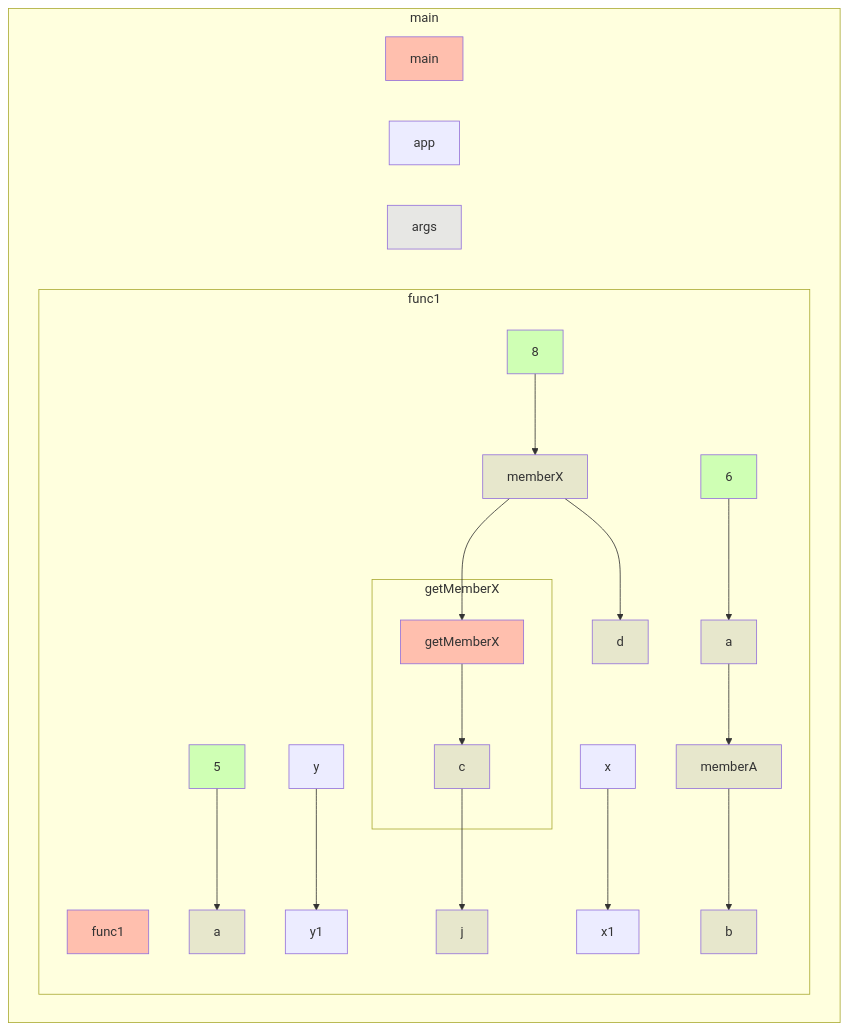
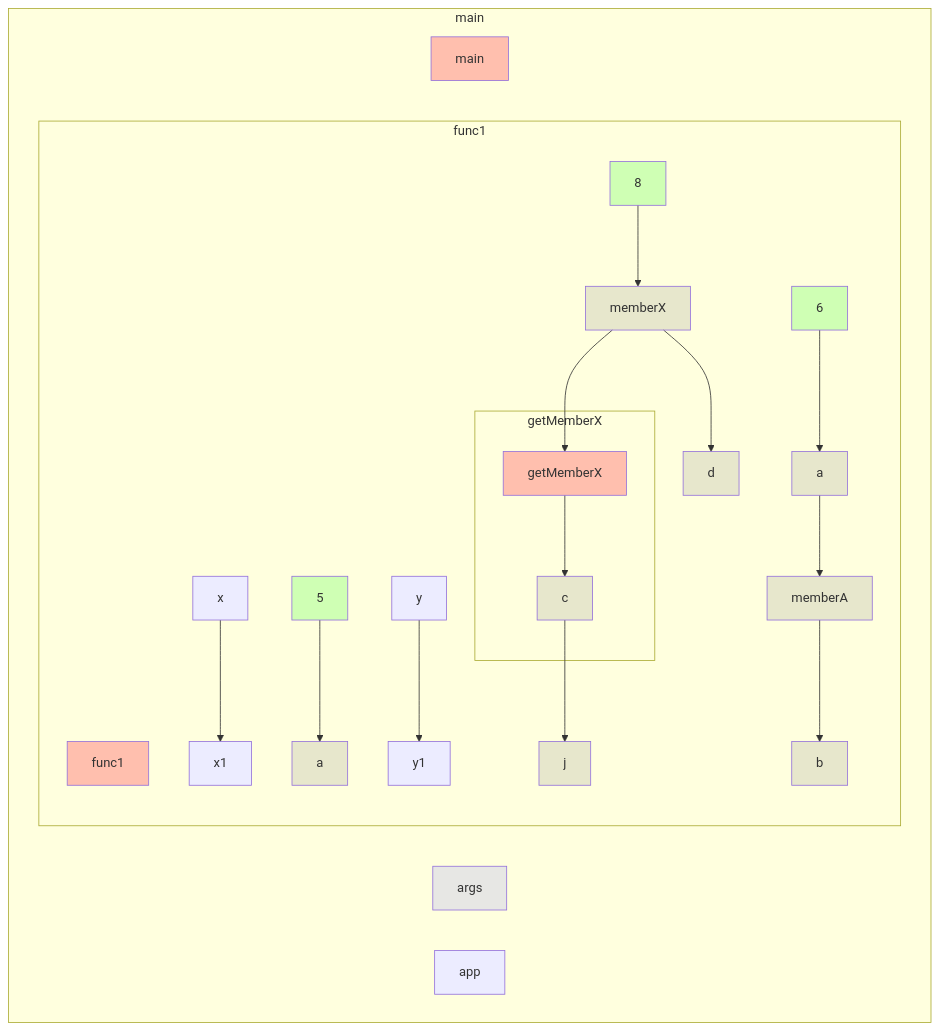
The diagram in app/src/test/resources/member/truth.md (gstiebler/codeflow), drawn with Mermaid before and after one commit. The commit also changed 16 other files, not shown here.

````diff
--- a/app/src/test/resources/member/truth.md
+++ b/app/src/test/resources/member/truth.md
@@ -1,45 +1,45 @@
 ```mermaid
 flowchart TD
   subgraph 4309014["main"]
+    -1776229095[args]:::FUNC_PARAM
+    -816970351[app]:::OBJ_VARIABLE
     56853577[main]:::RETURN
-    496951671[app]:::OBJ_VARIABLE
-    546291172[args]:::FUNC_PARAM
-    subgraph 1150435712["func1"]
-      -1330406687[5]:::LITERAL
-      -1330406634[6]:::LITERAL
-      -1330405968[a]:::VARIABLE
-      -1330405770[b]:::VARIABLE
-      -1330405517[8]:::LITERAL
-      -1330405285[y]:::OBJ_VARIABLE
-      -1330403921[c]:::VARIABLE
-      -1330403717[d]:::VARIABLE
-      -1330402873[j]:::VARIABLE
-      -1330341837[y1]:::OBJ_VARIABLE
-      -1330341433[x1]:::OBJ_VARIABLE
-      495307795[a]:::VARIABLE
-      495308186[x]:::OBJ_VARIABLE
-      2157795935[func1]:::RETURN
-      16626294009[memberA]:::VARIABLE
-      16626294400[memberX]:::VARIABLE
-      -1330406687[5]:::LITERAL --> -1330405968[a]:::VARIABLE
-      -1330406634[6]:::LITERAL --> 495307795[a]:::VARIABLE
-      -1330405517[8]:::LITERAL --> 16626294400[memberX]:::VARIABLE
-      -1330405285[y]:::OBJ_VARIABLE --> -1330341837[y1]:::OBJ_VARIABLE
-      -1330403921[c]:::VARIABLE --> -1330402873[j]:::VARIABLE
-      495307795[a]:::VARIABLE --> 16626294009[memberA]:::VARIABLE
-      495308186[x]:::OBJ_VARIABLE --> -1330341433[x1]:::OBJ_VARIABLE
-      16626294009[memberA]:::VARIABLE --> -1330405770[b]:::VARIABLE
-      16626294400[memberX]:::VARIABLE --> 32427208833[getMemberX]:::RETURN
-      16626294400[memberX]:::VARIABLE --> -1330403717[d]:::VARIABLE
-      subgraph -1976388525["getMemberX"]
-        32427208833[getMemberX]:::RETURN
-        32427208833[getMemberX]:::RETURN --> -1330403921[c]:::VARIABLE
+    subgraph -218949196["func1"]
+      -818584777[a]:::VARIABLE
+      -818584386[x]:::OBJ_VARIABLE
+      -425259420[a]:::VARIABLE
+      -425237283[5]:::LITERAL
+      -425233174[6]:::LITERAL
+      -425201835[b]:::VARIABLE
+      -425171679[y]:::OBJ_VARIABLE
+      -425089242[8]:::LITERAL
+      -425022520[y1]:::OBJ_VARIABLE
+      -424402141[c]:::VARIABLE
+      -424342723[d]:::VARIABLE
+      -424313825[j]:::VARIABLE
+      -424308967[x1]:::OBJ_VARIABLE
+      843903363[func1]:::RETURN
+      15312401437[memberA]:::VARIABLE
+      15312401828[memberX]:::VARIABLE
+      -818584777[a]:::VARIABLE --> 15312401437[memberA]:::VARIABLE
+      -818584386[x]:::OBJ_VARIABLE --> -424308967[x1]:::OBJ_VARIABLE
+      -425237283[5]:::LITERAL --> -425259420[a]:::VARIABLE
+      -425233174[6]:::LITERAL --> -818584777[a]:::VARIABLE
+      -425171679[y]:::OBJ_VARIABLE --> -425022520[y1]:::OBJ_VARIABLE
+      -425089242[8]:::LITERAL --> 15312401828[memberX]:::VARIABLE
+      -424402141[c]:::VARIABLE --> -424313825[j]:::VARIABLE
+      15312401437[memberA]:::VARIABLE --> -425201835[b]:::VARIABLE
+      15312401828[memberX]:::VARIABLE --> 33333213288[getMemberX]:::RETURN
+      15312401828[memberX]:::VARIABLE --> -424342723[d]:::VARIABLE
+      subgraph 1481005238["getMemberX"]
+        33333213288[getMemberX]:::RETURN
+        33333213288[getMemberX]:::RETURN --> -424402141[c]:::VARIABLE
       end
     end
   end
   classDef LITERAL fill:#00FF0030
   classDef VARIABLE fill:#80808030
   classDef BIN_OP fill:#80808080
   classDef FUNC_PARAM fill:#8080FF30
   classDef RETURN fill:#FF808080
 ```
````
